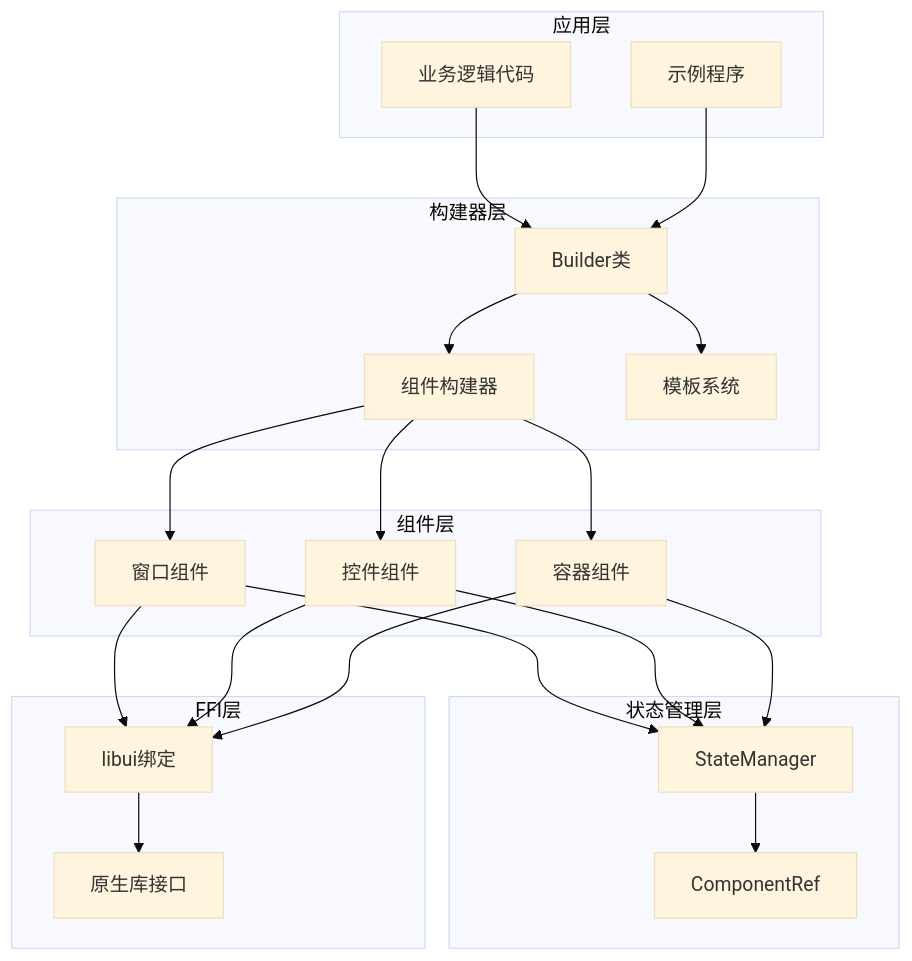
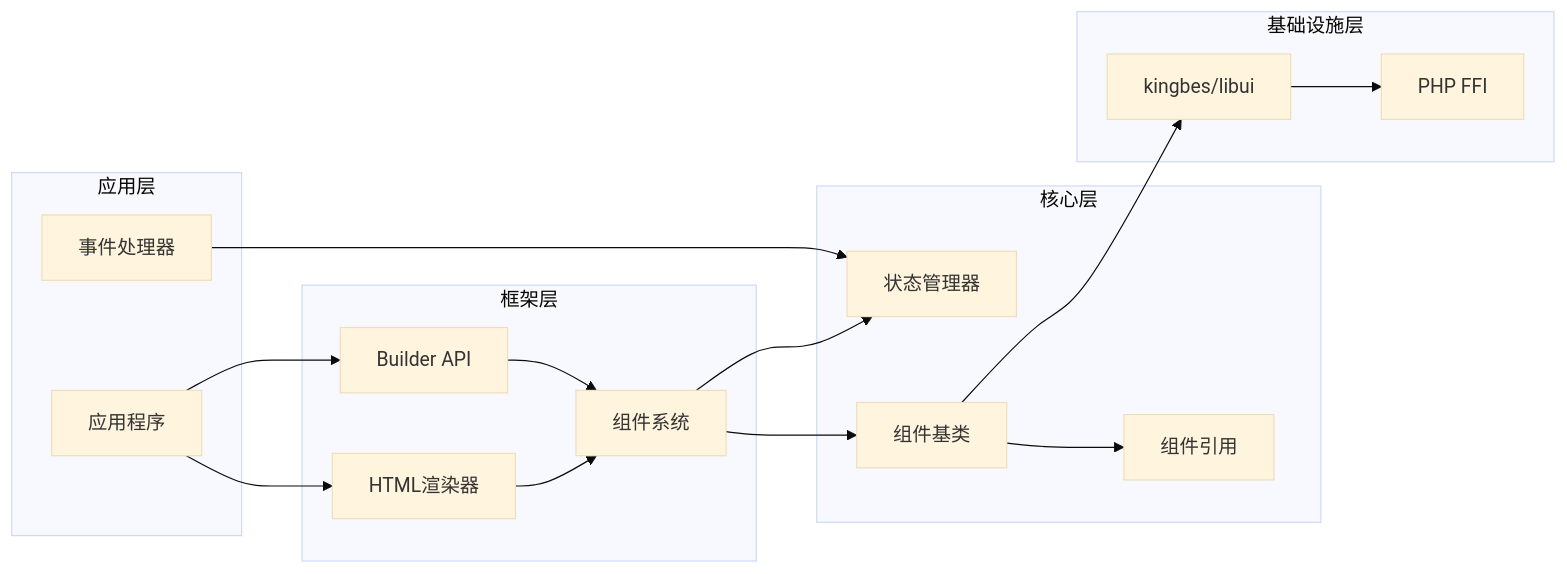
The fifth of 13 diagrams in .qoder/repowiki/zh/content/项目概述.md (yangweijie/libuiBuilder), drawn with Mermaid (base theme) before and after one commit. The commit also changed other lines of this file and 126 other files, not shown here.

````diff
--- a/.qoder/repowiki/zh/content/项目概述.md
+++ b/.qoder/repowiki/zh/content/项目概述.md
@@ -66,40 +229,31 @@
 ```mermaid
-graph TB
+graph LR
 subgraph "应用层"
-A[业务逻辑代码]
-B[示例程序]
+App[应用程序]
+Handlers[事件处理器]
 end
-subgraph "构建器层"
-C[Builder类]
-D[组件构建器]
-E[模板系统]
+subgraph "框架层"
+HtmlRenderer[HTML渲染器]
+BuilderAPI[Builder API]
+ComponentSystem[组件系统]
 end
-subgraph "组件层"
-F[窗口组件]
-G[控件组件]
-H[容器组件]
+subgraph "核心层"
+StateManager[状态管理器]
+ComponentBuilder[组件基类]
+ComponentRef[组件引用]
 end
-subgraph "状态管理层"
-I[StateManager]
-J[ComponentRef]
+subgraph "基础设施层"
+LibUI[kingbes/libui]
+FFI[PHP FFI]
 end
-subgraph "FFI层"
-K[libui绑定]
-L[原生库接口]
-end
-A --> C
-B --> C
-C --> D
-C --> E
-D --> F
-D --> G
-D --> H
-F --> I
-G --> I
-H --> I
-I --> J
-F --> K
-G --> K
-H --> K
-K --> L
+App --> HtmlRenderer
+App --> BuilderAPI
+HtmlRenderer --> ComponentSystem
+BuilderAPI --> ComponentSystem
+ComponentSystem --> StateManager
+ComponentSystem --> ComponentBuilder
+ComponentBuilder --> ComponentRef
+ComponentBuilder --> LibUI
+LibUI --> FFI
+Handlers --> StateManager
 ```
````
